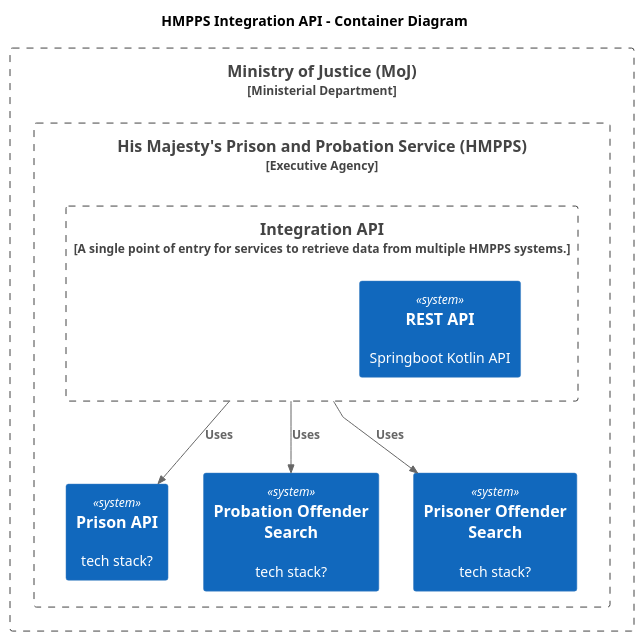
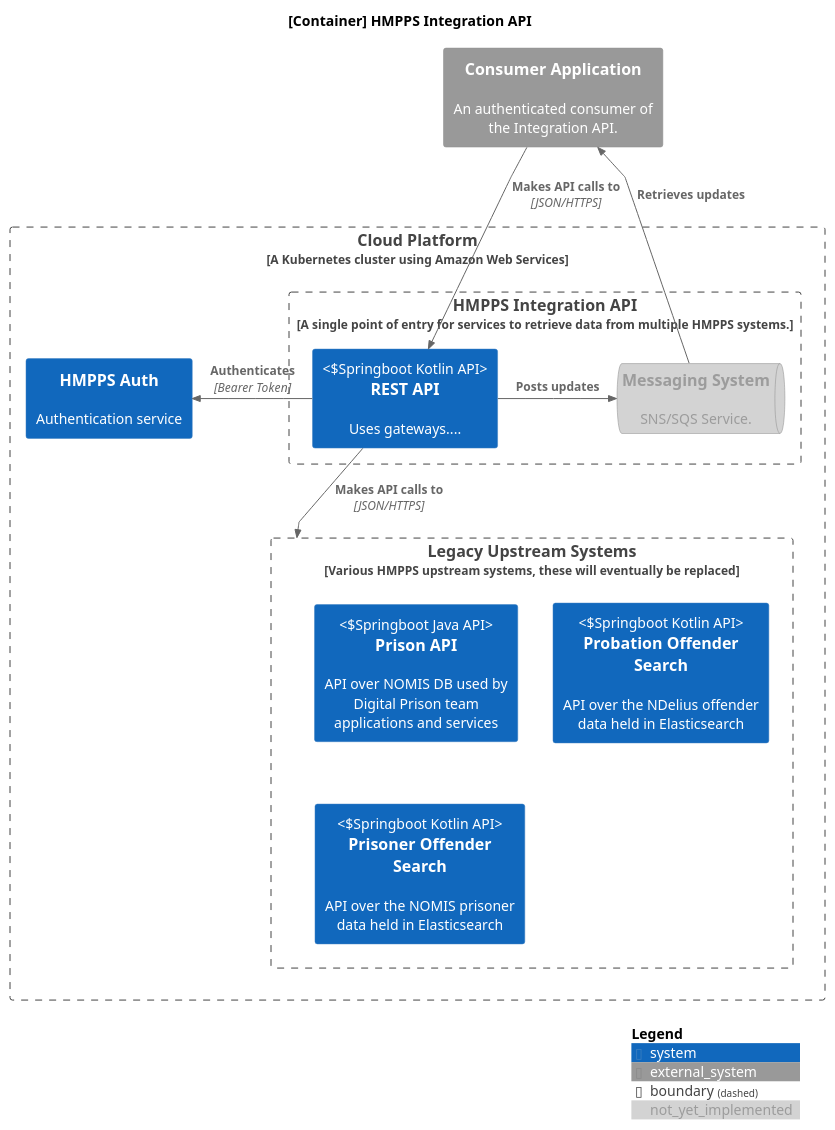
One commit to ministryofjustice/hmpps-integration-api changed the diagram in docs/diagrams/container.puml. Above: the diagram before and after it, drawn with PlantUML. The commit also changed 1 other file, not shown here.

```diff
--- a/docs/diagrams/container.puml
+++ b/docs/diagrams/container.puml
@@ -1,27 +1,41 @@
 @startuml container
 
 !include https://raw.githubusercontent.com/plantuml-stdlib/C4-PlantUML/master/C4_Context.puml
 
 skinparam linetype polyline
 
-title HMPPS Integration API - Container Diagram
+title [Container] HMPPS Integration API
 
-Boundary(moj, "Ministry of Justice (MoJ)", "Ministerial Department") {
-  Boundary(hmpps, "His Majesty's Prison and Probation Service (HMPPS)", "Executive Agency") {
-    Boundary(hmpps_integration_api, "Integration API", "A single point of entry for services to retrieve data from multiple HMPPS systems."){
-        System(springboot_api, "REST API", "Springboot Kotlin API")
+AddElementTag("not_yet_implemented", $bgColor="#D3D3D3", $fontColor="#9C9C9C")
+
+System_Ext(consumer, "Consumer Application", "An authenticated consumer of the Integration API.")
+
+Boundary(aws_cloudplatform, "Cloud Platform", "A Kubernetes cluster using Amazon Web Services", $link="https://user-guide.cloud-platform.service.justice.gov.uk/documentation/concepts/cp-tech-overview.html") {
+    Boundary(hmpps_integration_api, "HMPPS Integration API", "A single point of entry for services to retrieve data from multiple HMPPS systems.", $link="https://github.com/ministryofjustice/hmpps-integration-api"){
+        System(springboot_api, "REST API", "Uses gateways...." , "Springboot Kotlin API")
+            SystemQueue_Ext(messaging, "Messaging System", "SNS/SQS Service.",$tags="not_yet_implemented")
     }
 
-    System(prison_api, "Prison API", "tech stack?")
+    System(hmpps_auth, "HMPPS Auth", "Authentication service", $link="https://github.com/ministryofjustice/hmpps-auth")
 
-    System(probation_offender_search, "Probation Offender Search", "tech stack?")
+    Boundary(upstream, "Legacy Upstream Systems", "Various HMPPS upstream systems, these will eventually be replaced"){
+        System(prison_api, "Prison API", "API over NOMIS DB used by Digital Prison team applications and services", "Springboot Java API")
 
-    System(prison_offender_search, "Prisoner Offender Search", "tech stack?")
-  }
+        System(probation_offender_search, "Probation Offender Search", "API over the NDelius offender data held in Elasticsearch", "Springboot Kotlin API")
+
+        System(prison_offender_search, "Prisoner Offender Search", "API over the NOMIS prisoner data held in Elasticsearch",  "Springboot Kotlin API")
+    }
 }
 
-Rel(hmpps_integration_api, prison_api, "Uses")
-Rel(hmpps_integration_api, probation_offender_search, "Uses")
-Rel(hmpps_integration_api, prison_offender_search, "Uses")
+Rel(consumer, springboot_api, "Makes API calls to", "JSON/HTTPS")
+
+Rel_Right(springboot_api, messaging, "Posts updates")
+Rel_Up(messaging, consumer, "Retrieves updates")
+
+Rel_Right(springboot_api, hmpps_auth, "Authenticates", "Bearer Token")
+
+Rel_Down(springboot_api, upstream, "Makes API calls to", "JSON/HTTPS")
+
+SHOW_DYNAMIC_LEGEND()
 
 @enduml
```
